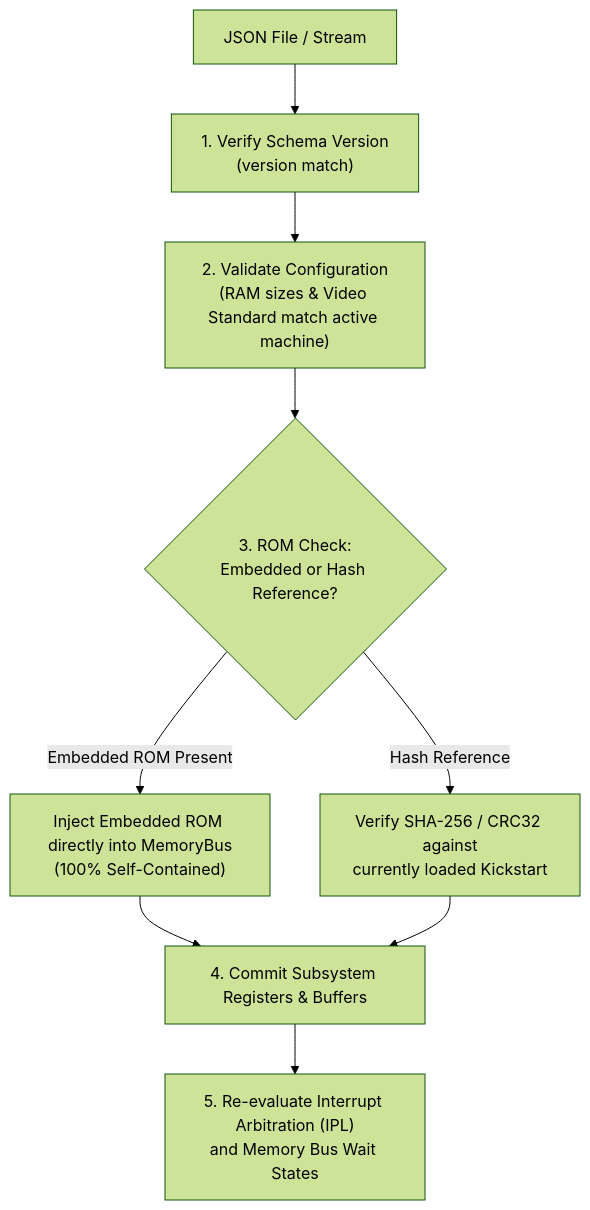
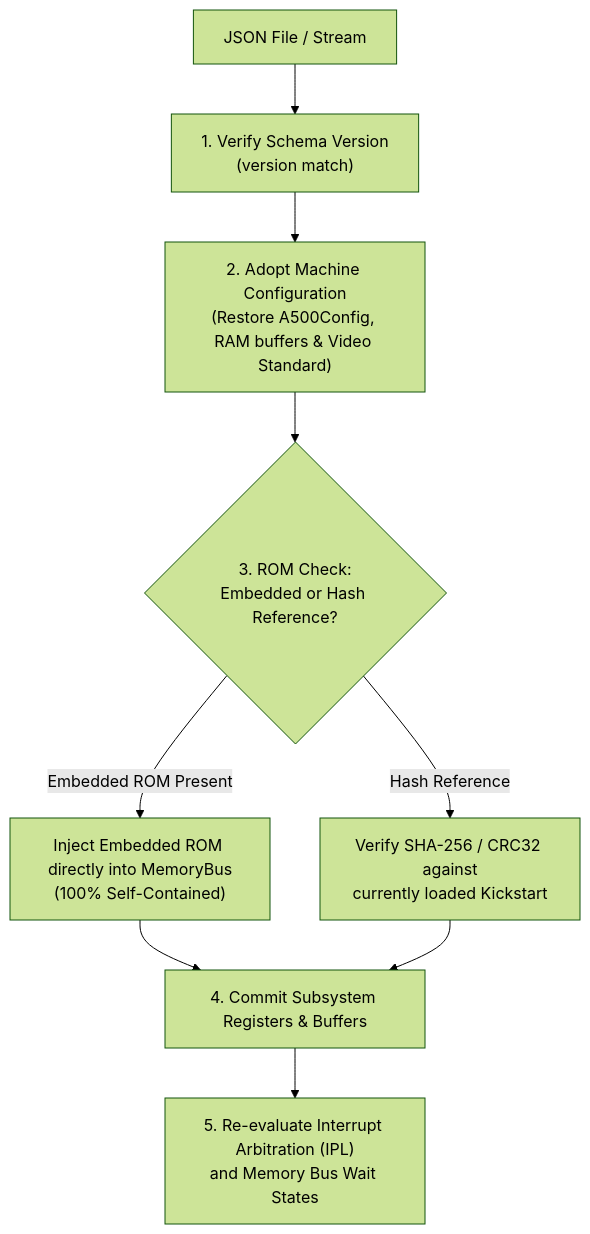
One commit to tomek-anuszkiewicz/amiga-studio changed the second of 2 diagrams in Obsidian/Amiga/Design/SaveState.md. Above: the diagram before and after it, drawn with Mermaid (forest theme). The commit also changed other lines of this file and 7 other files, not shown here.

First line of the commit message:
feat(machine_loop): embed PNG screenshot and adopt machine config in save state

````diff
--- a/Obsidian/Amiga/Design/SaveState.md
+++ b/Obsidian/Amiga/Design/SaveState.md
@@ -502,13 +496,13 @@
 ```mermaid
 flowchart TD
     INPUT["JSON File / Stream"] --> HEADER["1. Verify Schema Version\n(version match)"]
-    HEADER --> CONFIG["2. Validate Configuration\n(RAM sizes & Video Standard match active machine)"]
+    HEADER --> CONFIG["2. Adopt Machine Configuration\n(Restore A500Config, RAM buffers & Video Standard)"]
     CONFIG --> ROM_CHECK{"3. ROM Check:\nEmbedded or Hash Reference?"}
     
     ROM_CHECK -->|Embedded ROM Present| LOAD_ROM["Inject Embedded ROM directly into MemoryBus\n(100% Self-Contained)"]
     ROM_CHECK -->|Hash Reference| VERIFY_ROM["Verify SHA-256 / CRC32 against\ncurrently loaded Kickstart"]
     
     LOAD_ROM --> RESTORE["4. Commit Subsystem Registers & Buffers"]
     VERIFY_ROM --> RESTORE
     RESTORE --> ARBITRATE["5. Re-evaluate Interrupt Arbitration (IPL)\nand Memory Bus Wait States"]
 ```
````
